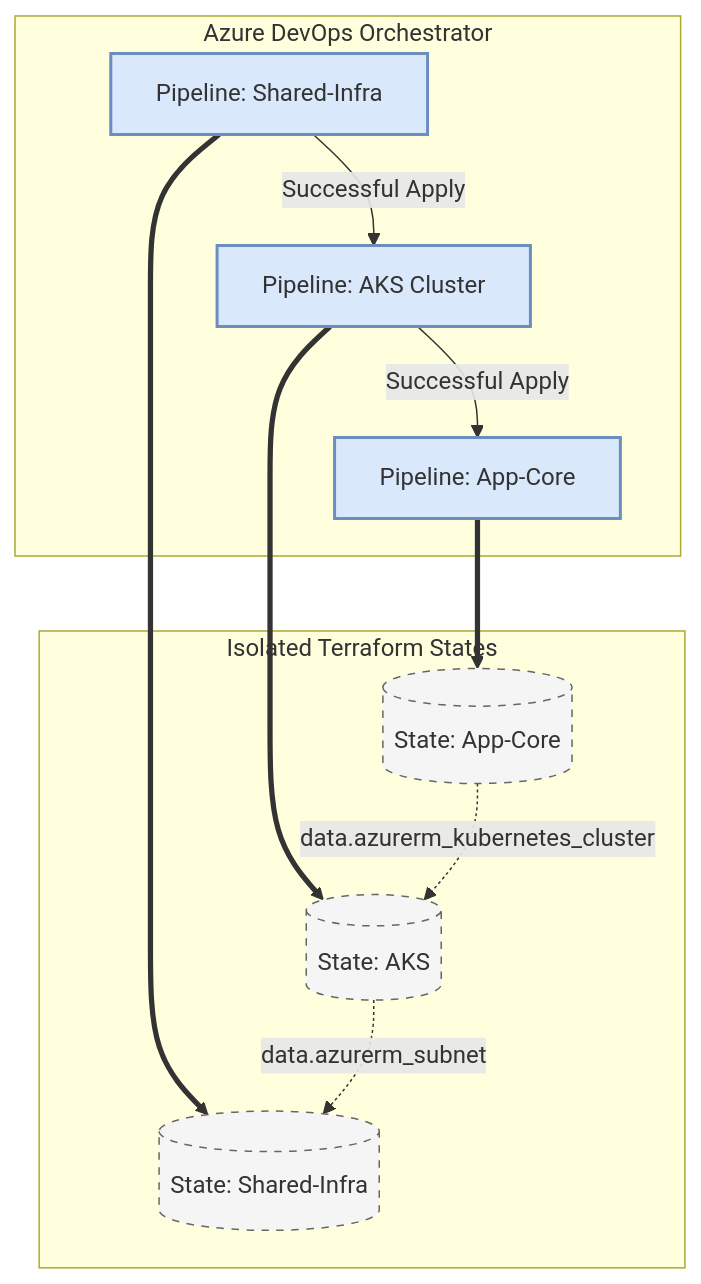
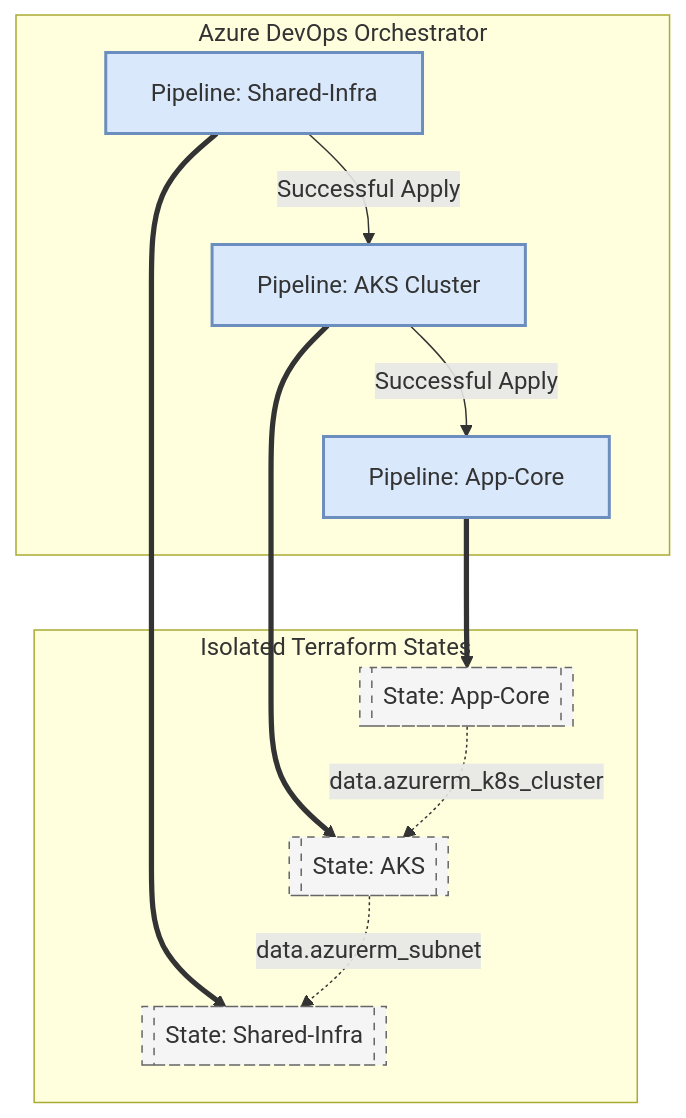
The first of 2 diagrams in docs/111-ARCHITECTURE_2026.md (nubenetes/terraform-azure-devops-agentic), drawn with Mermaid before and after one commit. The commit also changed 23 other files, not shown here.

Commit message:
docs: establish automated Mermaid validator and eliminate text clipping repo-wide

````diff
--- a/docs/111-ARCHITECTURE_2026.md
+++ b/docs/111-ARCHITECTURE_2026.md
@@ -74,24 +74,24 @@
 ```mermaid
 graph TD
     classDef pipeline fill:#dae8fc,stroke:#6c8ebf,stroke-width:2px,color:#333
     classDef state fill:#f5f5f5,stroke:#666,stroke-width:1px,color:#333,stroke-dasharray: 5 5
     subgraph ADO ["Azure DevOps Orchestrator"]
         P1["Pipeline: Shared-Infra"]
         P2["Pipeline: AKS Cluster"]
         P3["Pipeline: App-Core"]
     end
     P1 -->|Successful Apply| P2
     P2 -->|Successful Apply| P3
     subgraph States ["Isolated Terraform States"]
-        S1[("State: Shared-Infra")]
-        S2[("State: AKS")]
-        S3[("State: App-Core")]
+        S1[["State: Shared-Infra"]]
+        S2[["State: AKS"]]
+        S3[["State: App-Core"]]
     end
     P1 ==> S1
     P2 ==> S2
     P3 ==> S3
     S2 -.->|data.azurerm_subnet| S1
-    S3 -.->|data.azurerm_kubernetes_cluster| S2
+    S3 -.->|data.azurerm_k8s_cluster| S2
     class P1,P2,P3 pipeline
     class S1,S2,S3 state
 ```
````
